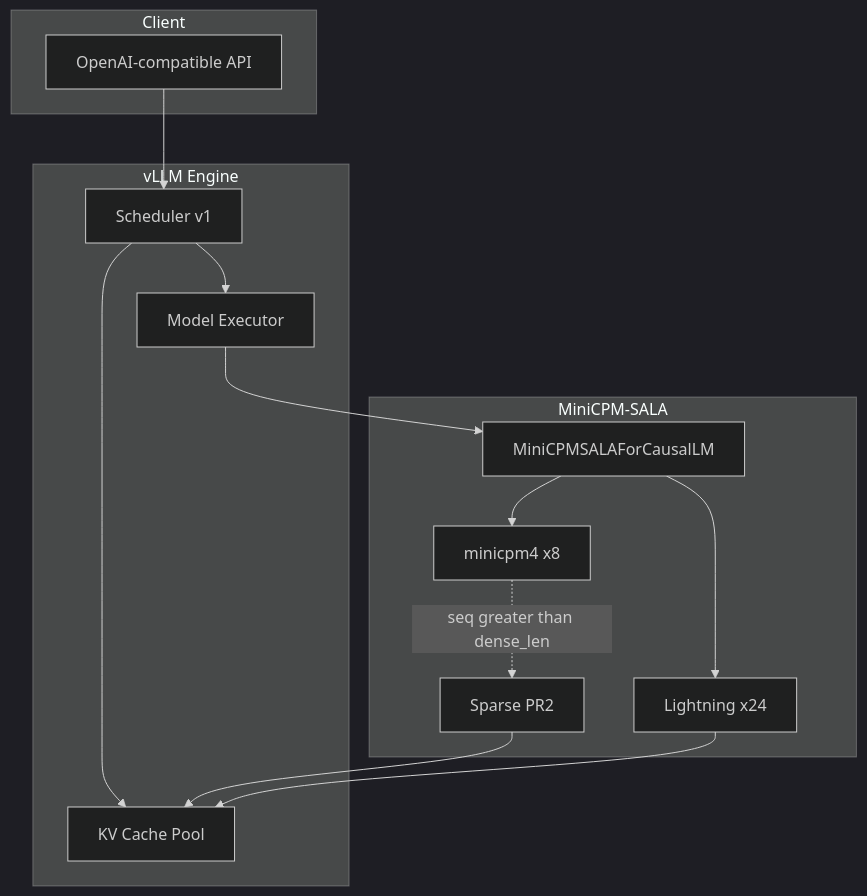
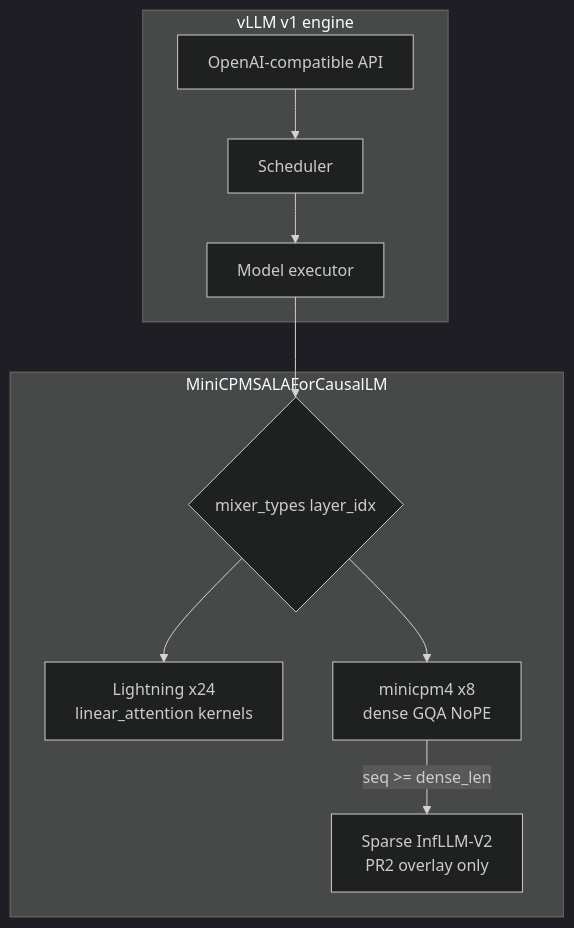
Before and after one commit to ArchanaChetan07/vLLM-HybridAttn: the diagram in README.md, drawn with Mermaid (dark theme). The commit also changed other lines of this file and 11 other files, not shown here.

````diff
--- a/README.md
+++ b/README.md
@@ -38,24 +26,18 @@
 ```mermaid
 flowchart TB
-    subgraph client [Client]
+    subgraph engine [vLLM v1 engine]
         API[OpenAI-compatible API]
+        SCHED[Scheduler]
+        EXEC[Model executor]
     end
-    subgraph vllm [vLLM Engine]
-        SCHED[Scheduler v1]
-        EXEC[Model Executor]
-        KVPOOL[KV Cache Pool]
+    subgraph sala [MiniCPMSALAForCausalLM]
+        MIX{mixer_types layer_idx}
+        LA[Lightning x24<br/>linear_attention kernels]
+        GQA[minicpm4 x8<br/>dense GQA NoPE]
+        SPARSE[Sparse InfLLM-V2<br/>PR2 overlay only]
     end
-    subgraph hybrid [MiniCPM-SALA]
-        MODEL[MiniCPMSALAForCausalLM]
-        LA[Lightning x24]
-        DA[minicpm4 x8]
-        SPARSE[Sparse PR2]
-    end
-    API --> SCHED --> EXEC --> MODEL
-    MODEL --> LA
-    MODEL --> DA
-    DA -.->|seq greater than dense_len| SPARSE
-    SCHED --> KVPOOL
-    SPARSE --> KVPOOL
-    LA --> KVPOOL
+    API --> SCHED --> EXEC --> MIX
+    MIX --> LA
+    MIX --> GQA
+    GQA -->|seq >= dense_len| SPARSE
 ```
````
